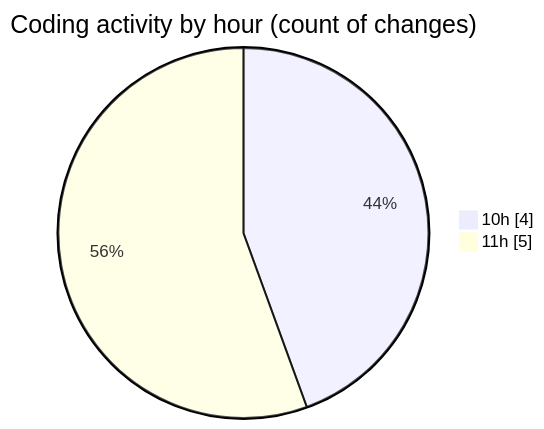
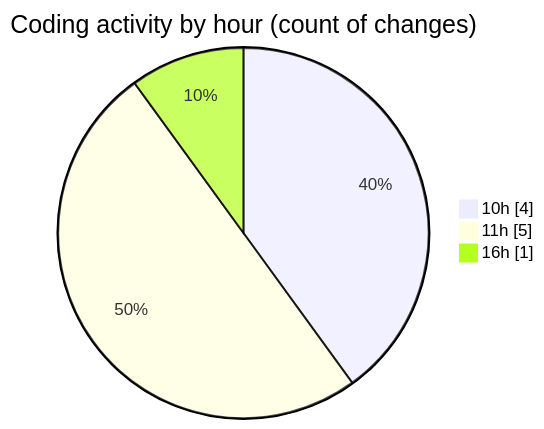
Before and after one commit to ricardozamudiocil/code-tracking: the second of 2 diagrams in 2026-06-23/cilapp/README.md, drawn with Mermaid. The commit also changed other lines of this file and 1 other file, not shown here.

````diff
--- a/2026-06-23/cilapp/README.md
+++ b/2026-06-23/cilapp/README.md
@@ -34,6 +36,7 @@
 ```mermaid
 pie showData
 title Coding activity by hour (count of changes)
 "10h" : 4
 "11h" : 5
+"16h" : 1
 ```
````
